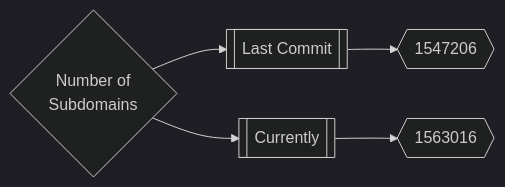
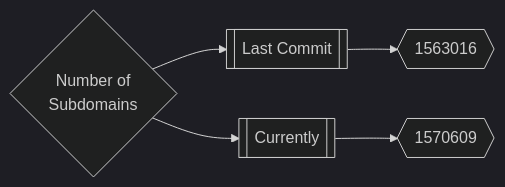
The first of 3 diagrams in README.md (trickest/inventory), drawn with Mermaid (dark theme) before and after one commit. The commit also changed other lines of this file, not shown here.

Commit message:
Update Mon Apr 25 02:00:08 UTC 2022

````diff
--- a/README.md
+++ b/README.md
@@ -165,5 +165,5 @@
 ```mermaid
 graph LR
-title{Number of<br>Subdomains} --> subdomainsDate1[[Last Commit]] --> subdomainsNum1{{1547206}}
-title --> subdomainsDate2[[Currently]] --> subdomainsNum2{{1563016}}
+title{Number of<br>Subdomains} --> subdomainsDate1[[Last Commit]] --> subdomainsNum1{{1563016}}
+title --> subdomainsDate2[[Currently]] --> subdomainsNum2{{1570609}}
 ```
````
